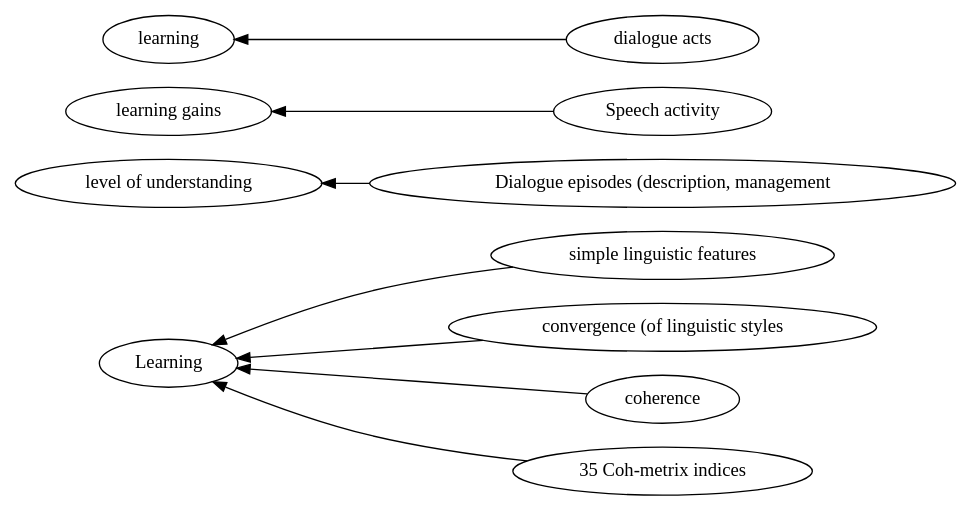
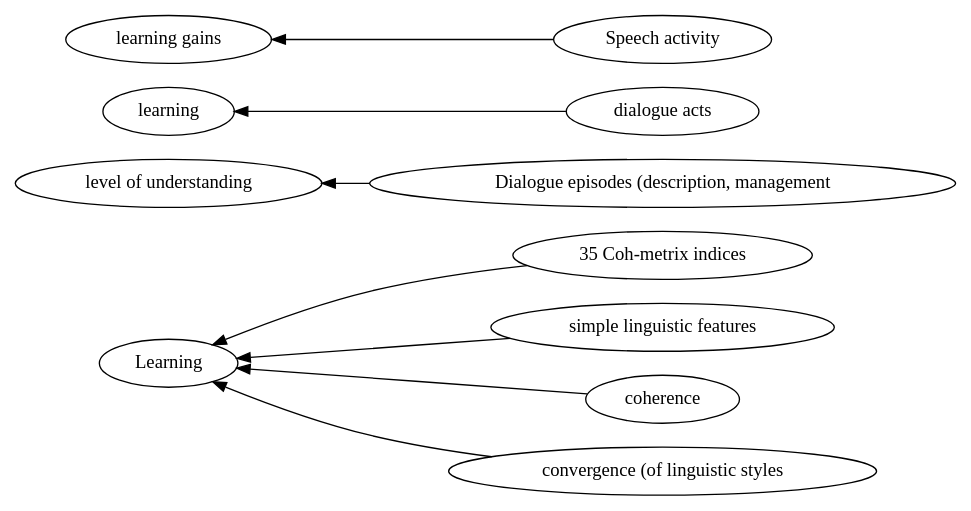
Before and after one commit to hgse-schneider/mmca: the diagram in graphviz/Verbal -> learning.gv, drawn with Graphviz. The commit also changed 46 other files, not shown here.

```diff
--- a/graphviz/Verbal -> learning.gv
+++ b/graphviz/Verbal -> learning.gv
@@ -1,22 +1,22 @@
 digraph Test {
 	rankdir=RL
 	size="10,10"
 	overlap=false
 	splines=true
-	{rank=same; "simple linguistic features" "convergence (of linguistic styles" "coherence" "Dialogue episodes (description, management" "Speech activity" "35 Coh-metrix indices" "dialogue acts";}
-	{rank=same; "learning gains" "level of understanding" "Learning" "learning";}
-	"dialogue acts" [href="https://scholar.google.com/scholar?hl=en&q=The%20Additive%20Value%20of%20Multimodal%20Features%20for%20Predicting%20Engagement,%20Frustration,%20and%20Learning%20during%20Tutoring"]
+	{rank=same; "35 Coh-metrix indices" "simple linguistic features" "coherence" "Dialogue episodes (description, management" "convergence (of linguistic styles" "dialogue acts" "Speech activity";}
+	{rank=same; "level of understanding" "Learning" "learning" "learning gains";}
+	"dialogue acts" [href="https://scholar.google.com/scholar?hl=en&q=The%20Additive%20Value%20of%20Multimodal%20Features%20for%20Predicting%20Engagement,%20Frustration,%20and%20Learning%20during%20Tutoring" target=_blank]
 	"dialogue acts" -> learning
-	"Dialogue episodes (description, management" [href="https://scholar.google.com/scholar?hl=en&q=Dual%20Gaze%20as%20a%20Proxy%20for%20Collaboration%20in%20Informal%20Learning"]
+	"Dialogue episodes (description, management" [href="https://scholar.google.com/scholar?hl=en&q=Dual%20Gaze%20as%20a%20Proxy%20for%20Collaboration%20in%20Informal%20Learning" target=_blank]
 	"Dialogue episodes (description, management" -> "level of understanding"
-	"convergence (of linguistic styles" [href="https://scholar.google.com/scholar?hl=en&q=Does%20Seeing%20One%20Another’s%20Gaze%20Affect%20Group%20Dialogue?"]
+	"convergence (of linguistic styles" [href="https://scholar.google.com/scholar?hl=en&q=Does%20Seeing%20One%20Another’s%20Gaze%20Affect%20Group%20Dialogue?" target=_blank]
 	"convergence (of linguistic styles" -> Learning
-	coherence [href="https://scholar.google.com/scholar?hl=en&q=Does%20Seeing%20One%20Another’s%20Gaze%20Affect%20Group%20Dialogue?"]
+	coherence [href="https://scholar.google.com/scholar?hl=en&q=Does%20Seeing%20One%20Another’s%20Gaze%20Affect%20Group%20Dialogue?" target=_blank]
 	coherence -> Learning
-	"simple linguistic features" [href="https://scholar.google.com/scholar?hl=en&q=Does%20Seeing%20One%20Another’s%20Gaze%20Affect%20Group%20Dialogue?"]
+	"simple linguistic features" [href="https://scholar.google.com/scholar?hl=en&q=Does%20Seeing%20One%20Another’s%20Gaze%20Affect%20Group%20Dialogue?" target=_blank]
 	"simple linguistic features" -> Learning
-	"35 Coh-metrix indices" [href="https://scholar.google.com/scholar?hl=en&q=Predicting%20the%20Quality%20of%20Collaborative%20Problem%20Solving%20Through%20Linguistic%20Analysis%20of%20Discourse"]
+	"35 Coh-metrix indices" [href="https://scholar.google.com/scholar?hl=en&q=Predicting%20the%20Quality%20of%20Collaborative%20Problem%20Solving%20Through%20Linguistic%20Analysis%20of%20Discourse" target=_blank]
 	"35 Coh-metrix indices" -> Learning
-	"Speech activity" [href="https://scholar.google.com/scholar?hl=en&q=Using%20Physiological%20Synchrony%20as%20an%20Indicator%20of%20Collaboration%20Quality,%20Task%20Performance%20and%20Learning"]
+	"Speech activity" [href="https://scholar.google.com/scholar?hl=en&q=Using%20Physiological%20Synchrony%20as%20an%20Indicator%20of%20Collaboration%20Quality,%20Task%20Performance%20and%20Learning" target=_blank]
 	"Speech activity" -> "learning gains"
 }
```
